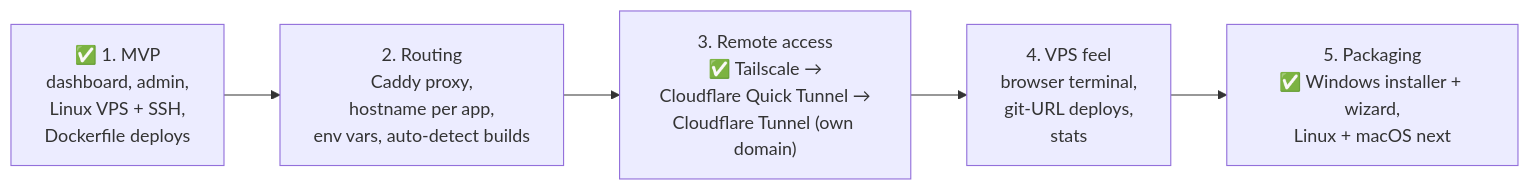
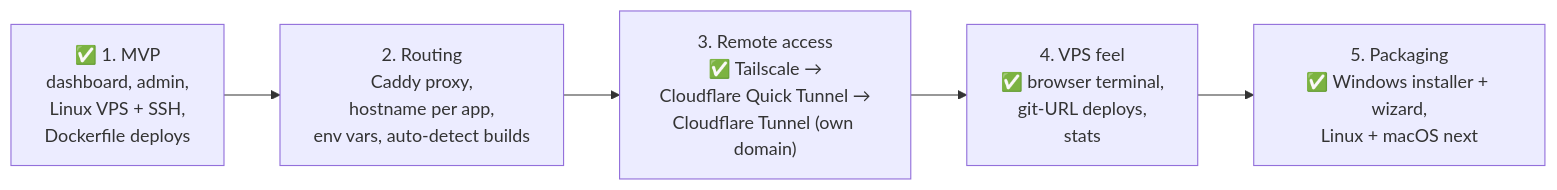
One commit to AbrarDW/lps changed the tenth of 10 diagrams in README.md. Above: the diagram before and after it, drawn with Mermaid. The commit also changed other lines of this file and 14 other files, not shown here.

First line of the commit message:
Add a browser terminal for VPSes

````diff
--- a/README.md
+++ b/README.md
@@ -341,9 +362,9 @@
 ```mermaid
 flowchart LR
     m1["✅ 1. MVP<br/>dashboard, admin,<br/>Linux VPS + SSH,<br/>Dockerfile deploys"]
     m2["2. Routing<br/>Caddy proxy,<br/>hostname per app,<br/>env vars, auto-detect builds"]
     m3["3. Remote access<br/>✅ Tailscale →<br/>Cloudflare Quick Tunnel →<br/>Cloudflare Tunnel (own domain)"]
-    m4["4. VPS feel<br/>browser terminal,<br/>git-URL deploys,<br/>stats"]
+    m4["4. VPS feel<br/>✅ browser terminal,<br/>git-URL deploys,<br/>stats"]
     m5["5. Packaging<br/>✅ Windows installer + wizard,<br/>Linux + macOS next"]
     m1 --> m2 --> m3 --> m4 --> m5
 ```
````
